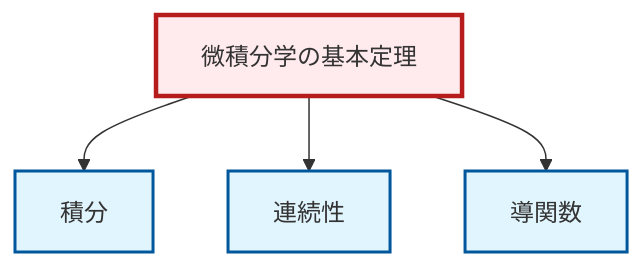
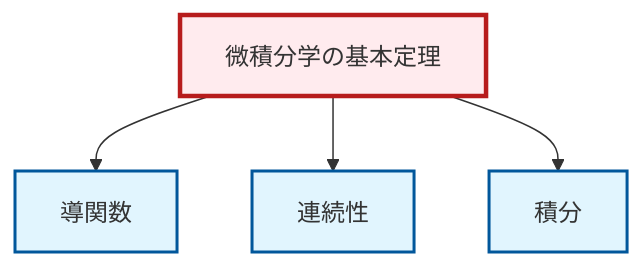
Before and after one commit to RK0429/ModernMath: the diagram in output/mermaid/ja/thm-fundamental-calculus.mermaid, drawn with Mermaid. The commit also changed other lines of this file and 1716 other files, not shown here.

```diff
--- a/output/mermaid/ja/thm-fundamental-calculus.mermaid
+++ b/output/mermaid/ja/thm-fundamental-calculus.mermaid
@@ -1,14 +1,14 @@
 graph TD
     classDef definition fill:#e1f5fe,stroke:#01579b,stroke-width:2px
     classDef theorem fill:#f3e5f5,stroke:#4a148c,stroke-width:2px
     classDef axiom fill:#fff3e0,stroke:#e65100,stroke-width:2px
     classDef example fill:#e8f5e9,stroke:#1b5e20,stroke-width:2px
     classDef current fill:#ffebee,stroke:#b71c1c,stroke-width:3px
+    def-integral["積分"]:::definition
     def-derivative["導関数"]:::definition
-    def-integral["積分"]:::definition
     def-continuity["連続性"]:::definition
     thm-fundamental-calculus["微積分学の基本定理"]:::theorem
+    thm-fundamental-calculus --> def-derivative
+    thm-fundamental-calculus --> def-continuity
     thm-fundamental-calculus --> def-integral
-    thm-fundamental-calculus --> def-continuity
-    thm-fundamental-calculus --> def-derivative
     class thm-fundamental-calculus current
```
